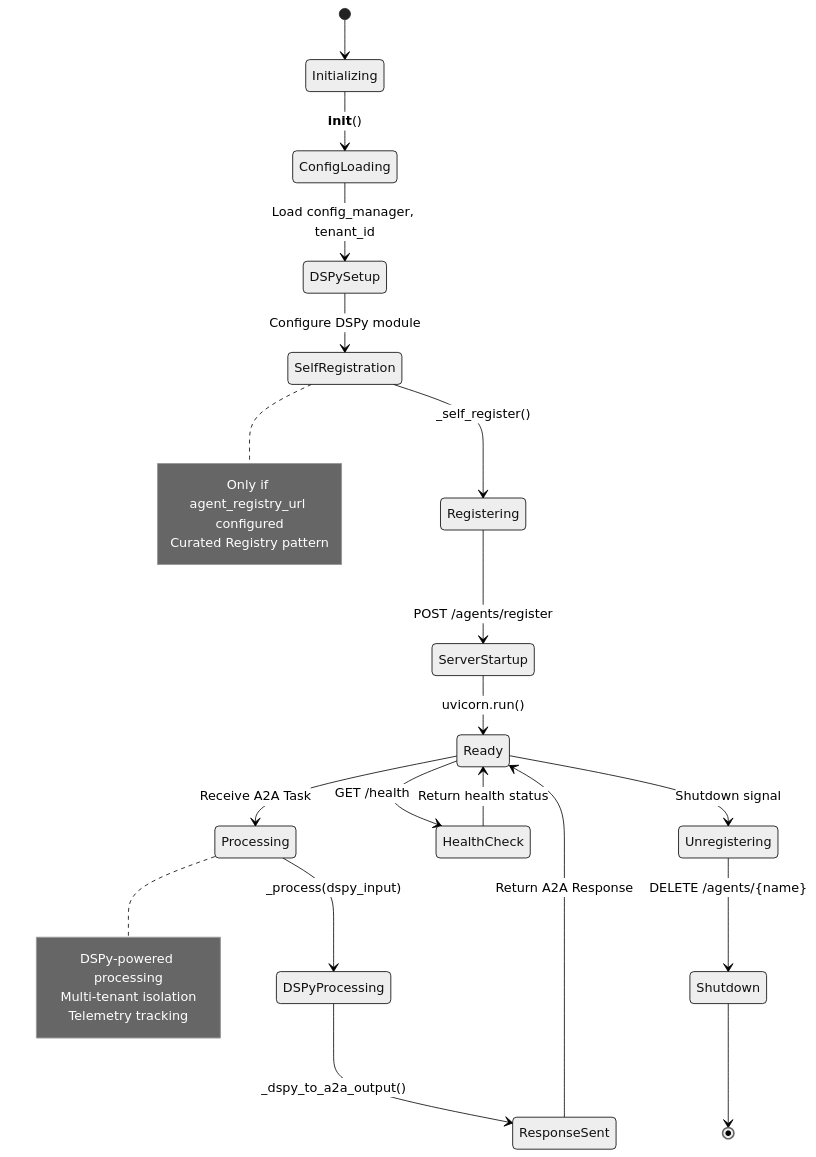
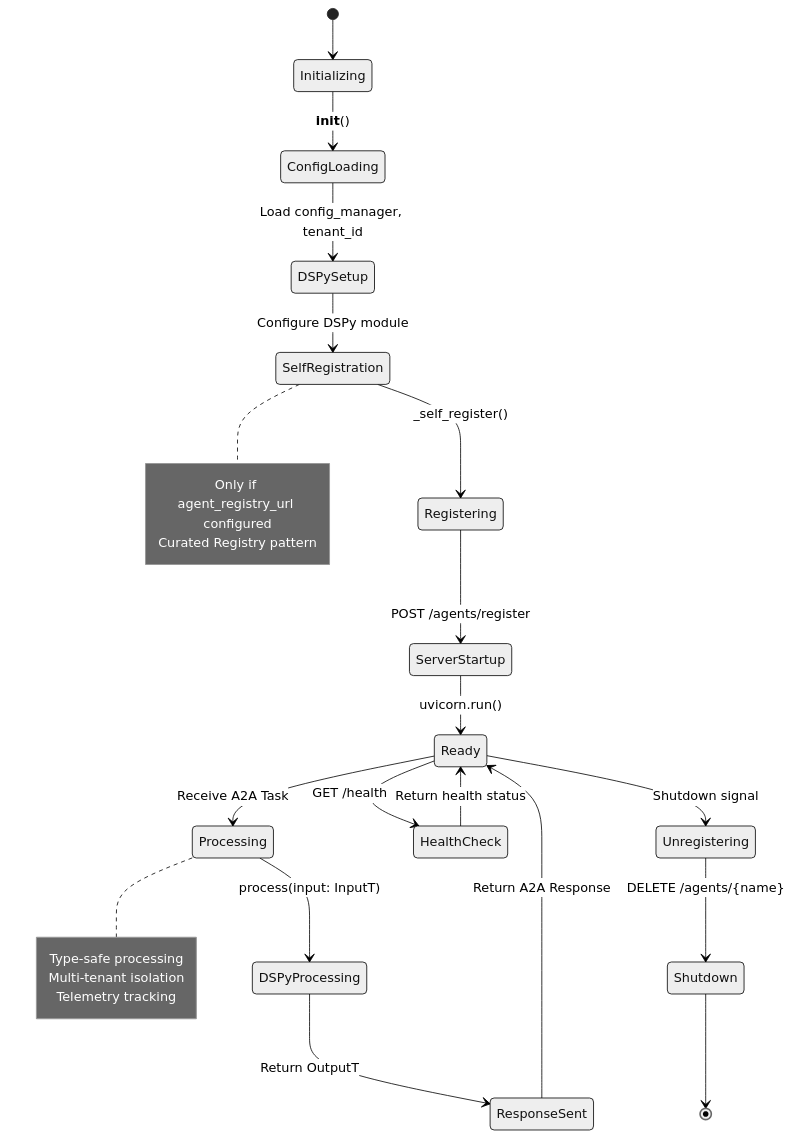
The sixth of 8 diagrams in docs/architecture/multi-agent-interactions.md (amit-jain/cogniverse), drawn with Mermaid (neutral theme) before and after one commit. The commit also changed other lines of this file and 41 other files, not shown here.

First line of the commit message:
Migrate agents to type-safe A2AAgent base class

````diff
--- a/docs/architecture/multi-agent-interactions.md
+++ b/docs/architecture/multi-agent-interactions.md
@@ -375,35 +375,35 @@
 ```mermaid
 stateDiagram-v2
     [*] --> Initializing
 
     Initializing --> ConfigLoading: __init__()
     ConfigLoading --> DSPySetup: Load config_manager, tenant_id
     DSPySetup --> SelfRegistration: Configure DSPy module
 
     SelfRegistration --> Registering: _self_register()
     Registering --> ServerStartup: POST /agents/register
     ServerStartup --> Ready: uvicorn.run()
 
     Ready --> Processing: Receive A2A Task
-    Processing --> DSPyProcessing: _process(dspy_input)
-    DSPyProcessing --> ResponseSent: _dspy_to_a2a_output()
+    Processing --> DSPyProcessing: process(input: InputT)
+    DSPyProcessing --> ResponseSent: Return OutputT
     ResponseSent --> Ready: Return A2A Response
 
     Ready --> HealthCheck: GET /health
     HealthCheck --> Ready: Return health status
 
     Ready --> Unregistering: Shutdown signal
     Unregistering --> Shutdown: DELETE /agents/{name}
     Shutdown --> [*]
 
     note right of SelfRegistration
         Only if agent_registry_url configured
         Curated Registry pattern
     end note
 
     note right of Processing
-        DSPy-powered processing
+        Type-safe processing
         Multi-tenant isolation
         Telemetry tracking
     end note
 ```
````
